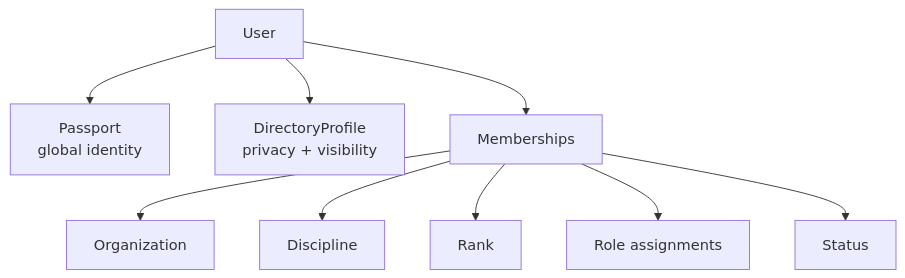
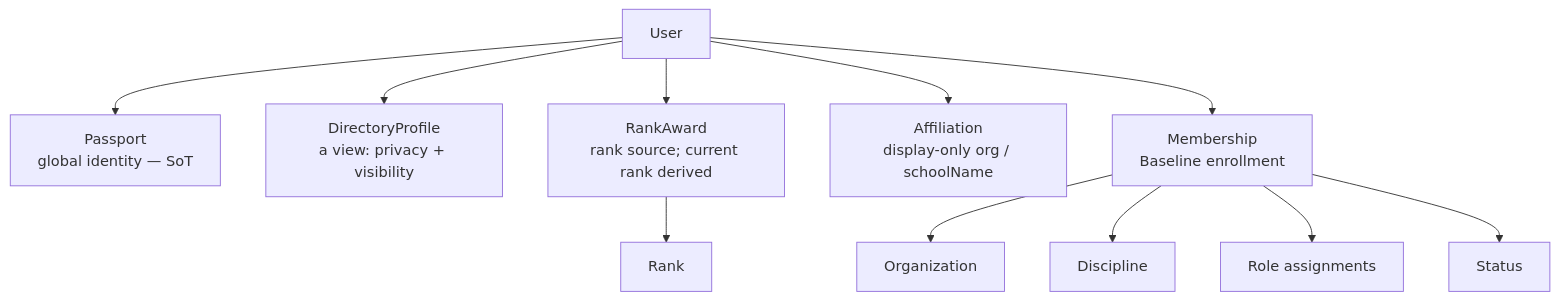
One commit to Ronin-Dojo-Design/ronin-dojo-baseline changed the fifth of 14 diagrams in docs/runbooks/sops/sop-data-and-wiring-flows.md. Above: the diagram before and after it, drawn with Mermaid. The commit also changed other lines of this file and 21 other files, not shown here.

First line of the commit message:
feat(identity): admin add-person + first runtime lineage placement; repoint reads to Affiliation; ADR 0025

````diff
--- a/docs/runbooks/sops/sop-data-and-wiring-flows.md
+++ b/docs/runbooks/sops/sop-data-and-wiring-flows.md
@@ -231,11 +245,13 @@
 ```mermaid
 flowchart TD
-    U[User] --> P[Passport\nglobal identity]
-    U --> DP[DirectoryProfile\nprivacy + visibility]
-    U --> M[Memberships]
+    U[User] --> P[Passport\nglobal identity — SoT]
+    U --> DP[DirectoryProfile\na view: privacy + visibility]
+    U --> RAW[RankAward\nrank source; current rank derived]
+    U --> AFF[Affiliation\ndisplay-only org / schoolName]
+    U --> M[Membership\nBaseline enrollment]
+    RAW --> R[Rank]
     M --> O[Organization]
     M --> D[Discipline]
-    M --> R[Rank]
     M --> RA[Role assignments]
     M --> S[Status]
 ```
````
